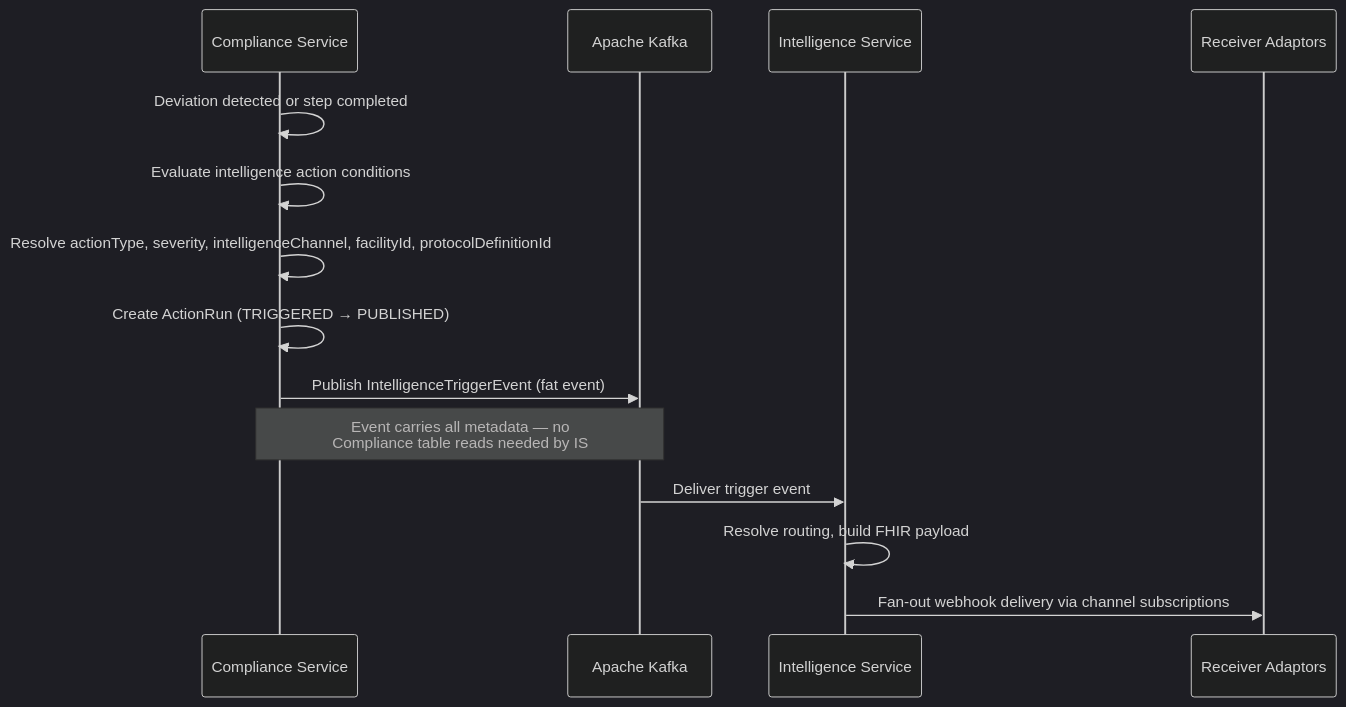
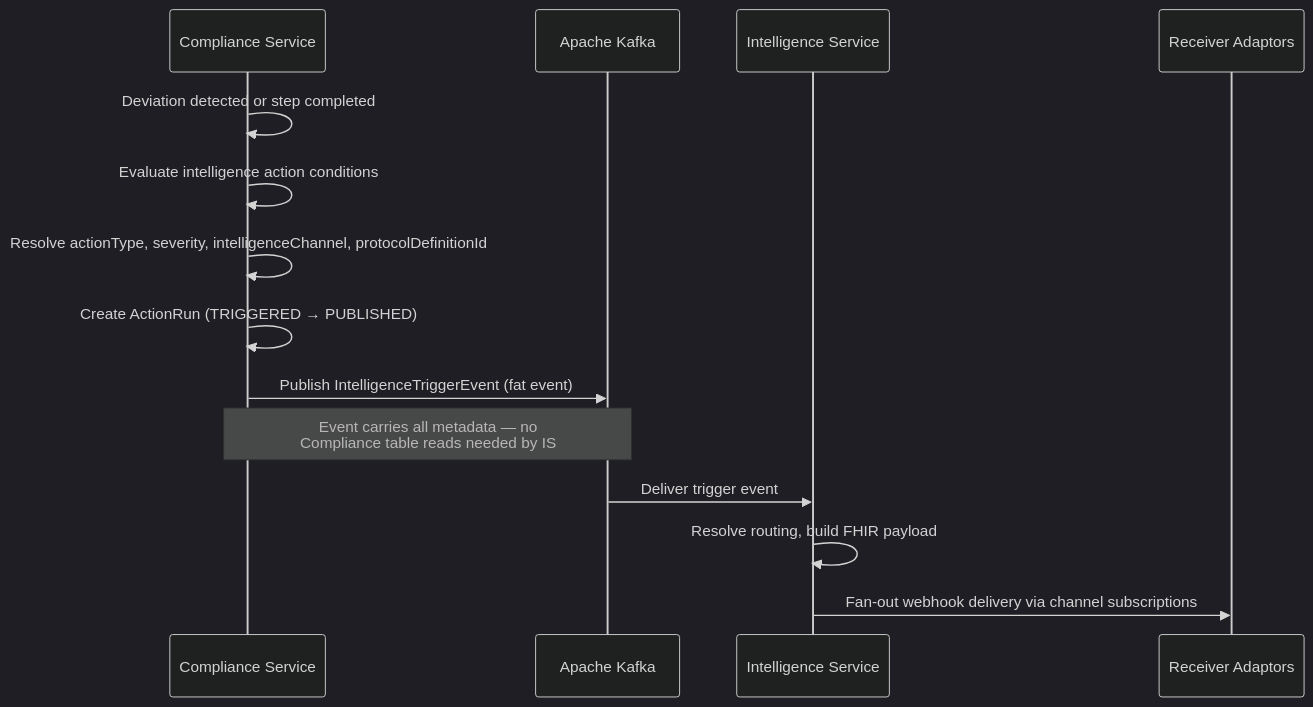
Before and after one commit to Jayaprakash8887/cce-intelligence-service: the second of 6 diagrams in docs/architecture-overview.md, drawn with Mermaid (dark theme). The commit also changed other lines of this file and 4 other files, not shown here.

````diff
--- a/docs/architecture-overview.md
+++ b/docs/architecture-overview.md
@@ -67,17 +67,17 @@
 ```mermaid
 sequenceDiagram
     participant CS as Compliance Service
     participant Kafka as Apache Kafka
     participant IS as Intelligence Service
     participant RA as Receiver Adaptors
 
     CS->>CS: Deviation detected or step completed
     CS->>CS: Evaluate intelligence action conditions
-    CS->>CS: Resolve actionType, severity, intelligenceChannel, facilityId, protocolDefinitionId
+    CS->>CS: Resolve actionType, severity, intelligenceChannel, protocolDefinitionId
     CS->>CS: Create ActionRun (TRIGGERED → PUBLISHED)
     CS->>Kafka: Publish IntelligenceTriggerEvent (fat event)
     Note over CS,Kafka: Event carries all metadata — no<br/>Compliance table reads needed by IS
     Kafka->>IS: Deliver trigger event
     IS->>IS: Resolve routing, build FHIR payload
     IS->>RA: Fan-out webhook delivery via channel subscriptions
 ```
````
